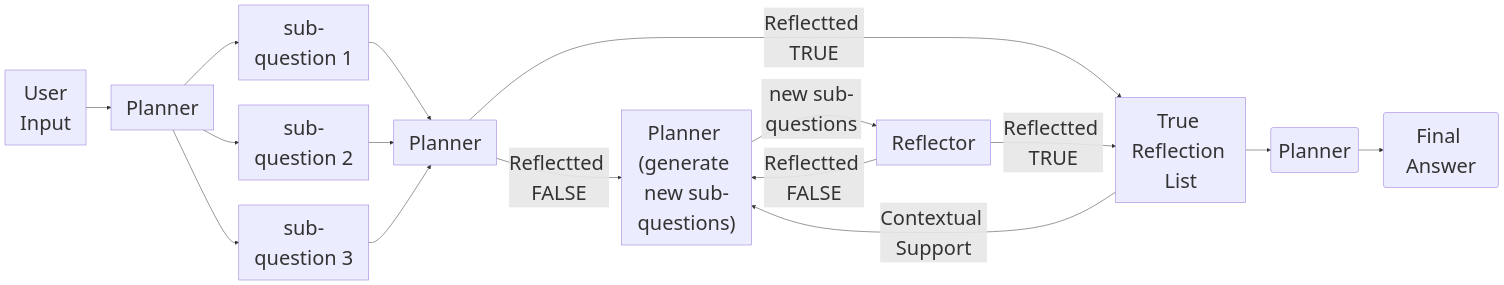
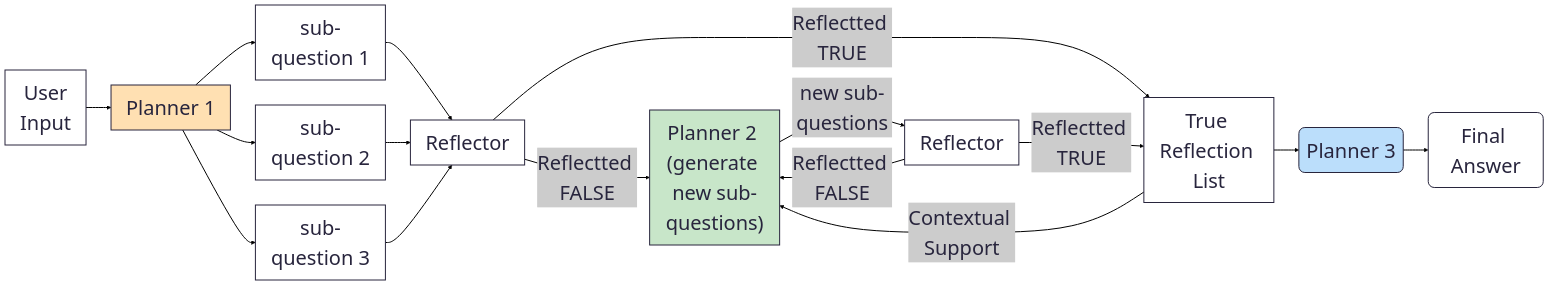
One commit to RustDesert/MARRAG changed the second of 2 diagrams in mermaid/mermaid_workflow_diagram.md. Above: the diagram before and after it, drawn with Mermaid. The commit also changed 1 other file, not shown here.

````diff
--- a/mermaid/mermaid_workflow_diagram.md
+++ b/mermaid/mermaid_workflow_diagram.md
@@ -29,23 +29,26 @@
 ```mermaid
 ---
 config:
   themeVariables:
-    fontSize: '40px'
+    fontSize: 40px
+  theme: redux
 ---
 flowchart LR
-    A["User</br>Input"] --> B["Planner"]
-    B --> C["sub-question 1"]
-    B --> D["sub-question 2"]
-    B --> E["sub-question 3"]
-    C --> G["Planner"]
+    A["User<br>Input"] --> B["Planner 1"]
+    B --> C["sub-question 1"] & D["sub-question 2"] & E["sub-question 3"]
+    C --> G["Reflector"]
     D --> G
     E --> G
-    G -- Reflectted FALSE --> H["Planner (generate new sub-questions)"]
+    G -- Reflectted FALSE --> H["Planner 2 (generate new sub-questions)"]
     G -- Reflectted TRUE --> I["True Reflection List"]
-    H -- new sub-questions --> J["Reflector"]
+    H -- "new sub-questions" --> J["Reflector"]
     J -- Reflectted TRUE --> I
-    I -- "Contextual Support" --> H
+    I -- Contextual Support --> H
     J -- Reflectted FALSE --> H
-    I --> K("Planner")
+    I --> K("Planner 3")
     K --> L("Final Answer")
+
+    style B fill:#FFE0B2
+    style H fill:#C8E6C9
+    style K fill:#BBDEFB
 ```
````
